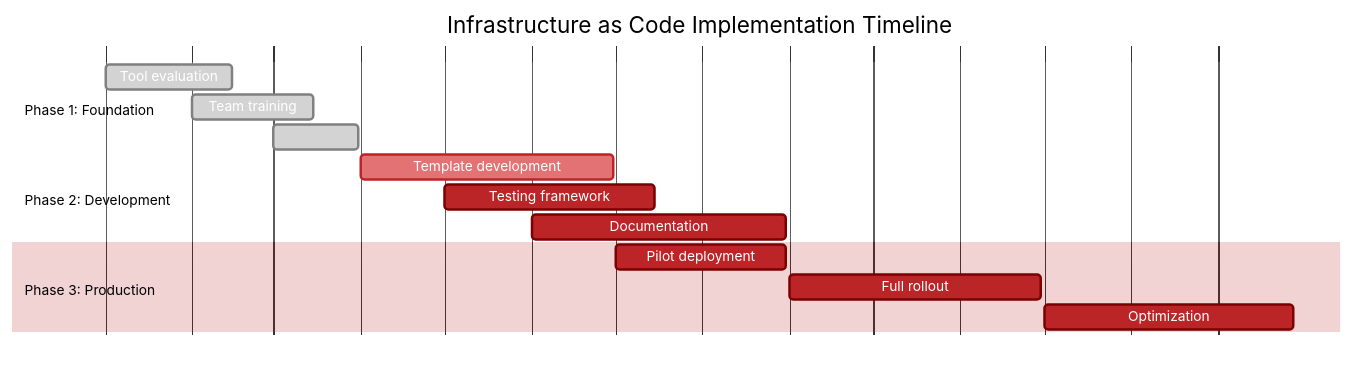
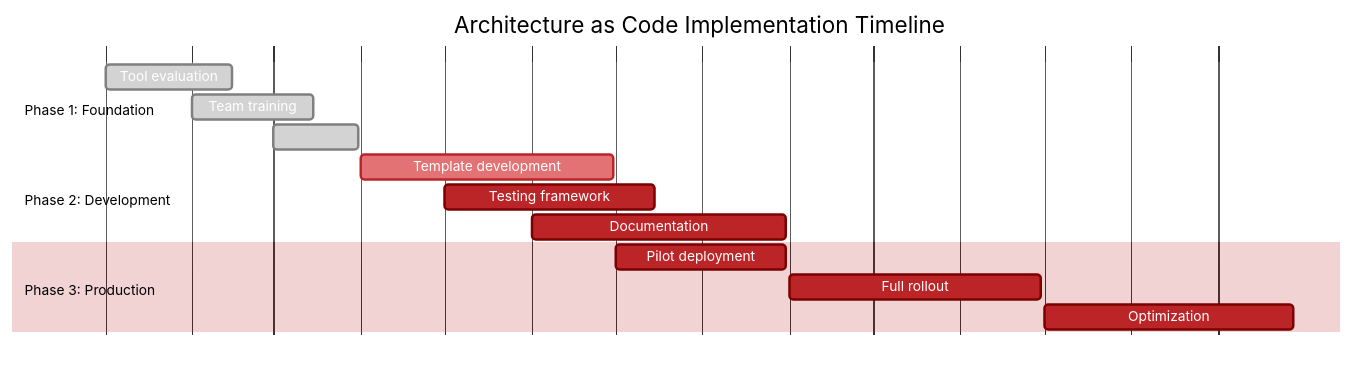
The diagram in docs/images/diagram_05_gantt_timeline.mmd (Geonitab/architecture_as_code), drawn with Mermaid before and after one commit. The commit also changed 3 other files, not shown here.

Commit message:
Update remaining IaC references in diagrams, templates and configs

```diff
--- a/docs/images/diagram_05_gantt_timeline.mmd
+++ b/docs/images/diagram_05_gantt_timeline.mmd
@@ -1,30 +1,30 @@
 ---
 config:
   theme: 'base'
   themeVariables:
     primaryColor: '#BB2528'
     primaryTextColor: '#fff'
     primaryBorderColor: '#7C0000'
     lineColor: '#F8B229'
     secondaryColor: '#006100'
     tertiaryColor: '#fff'
 ---
 gantt
-    title Infrastructure as Code Implementation Timeline
+    title Architecture as Code Implementation Timeline
     dateFormat YYYY-MM-DD
     axisFormat %b %Y
 
     section Phase 1: Foundation
     Tool evaluation        :done, eval, 2024-01-01, 2024-02-15
     Team training          :done, train, 2024-02-01, 2024-03-15
     Repository setup       :done, repo, 2024-03-01, 2024-03-31
 
     section Phase 2: Development
     Template development   :active, dev, 2024-04-01, 2024-06-30
     Testing framework      :test, 2024-05-01, 2024-07-15
     Documentation          :docs, 2024-06-01, 2024-08-31
 
     section Phase 3: Production
     Pilot deployment       :pilot, 2024-07-01, 2024-08-31
     Full rollout          :rollout, 2024-09-01, 2024-11-30
     Optimization          :optimize, 2024-12-01, 2025-02-28
```
